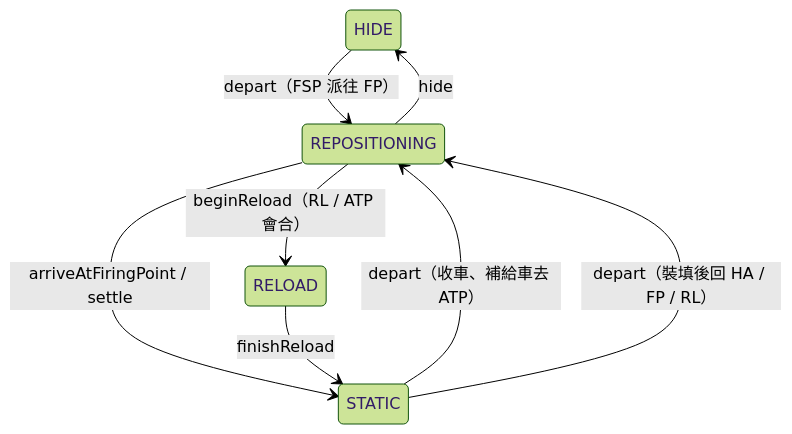
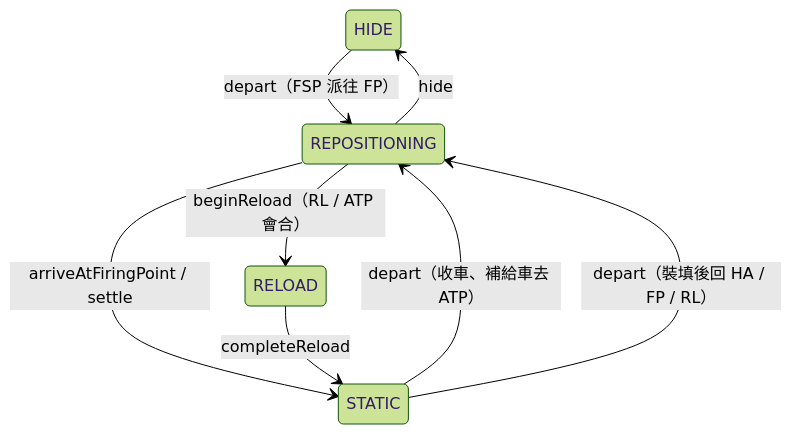
The diagram in docs/missileSystem/transitions.md (pullupjumper/formosa-in-flames), drawn with Mermaid (forest theme) before and after one commit. The commit also changed other lines of this file and 16 other files, not shown here.

First line of the commit message:
refactor(missileSystem): name the unit-enters-area event arrival and finishReload completeReload

````diff
--- a/docs/missileSystem/transitions.md
+++ b/docs/missileSystem/transitions.md
@@ -25,10 +25,10 @@
 ```mermaid
 stateDiagram-v2
     HIDE --> REPOSITIONING: depart（FSP 派往 FP）
     REPOSITIONING --> STATIC: arriveAtFiringPoint / settle
     STATIC --> REPOSITIONING: depart（收車、補給車去 ATP）
     REPOSITIONING --> RELOAD: beginReload（RL / ATP 會合）
-    RELOAD --> STATIC: finishReload
+    RELOAD --> STATIC: completeReload
     STATIC --> REPOSITIONING: depart（裝填後回 HA / FP / RL）
     REPOSITIONING --> HIDE: hide
 ```
````
